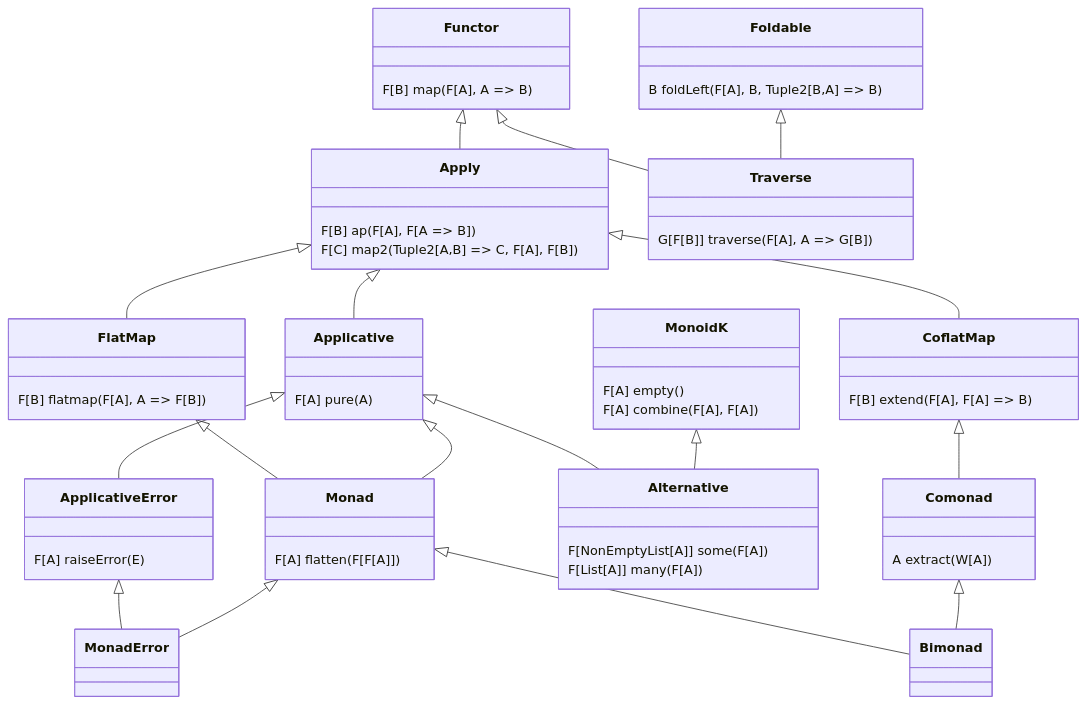
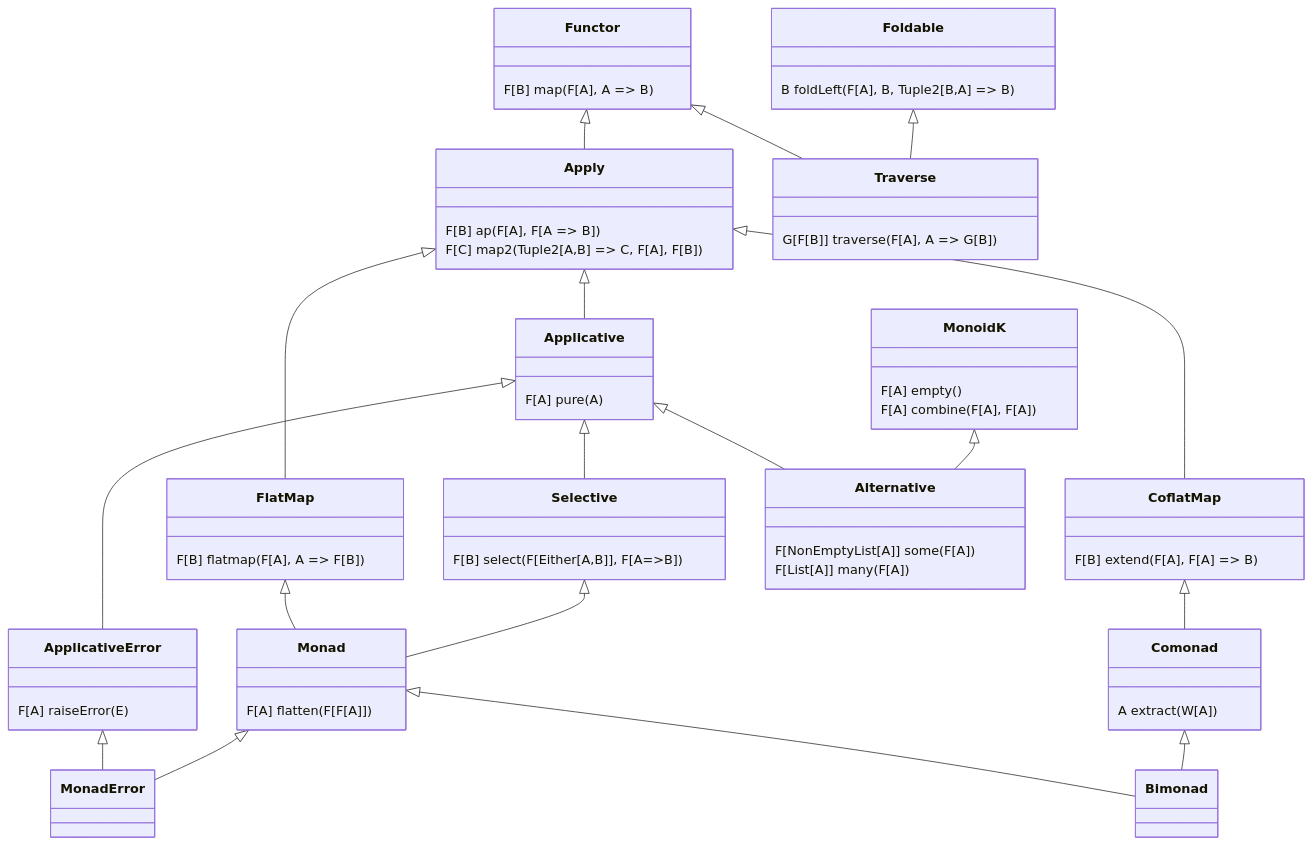
The diagram in README.MD (lemastero/scala_typeclassopedia), drawn with Mermaid before and after one commit.

Commit message:
add Selective between Applicative and Monad

````diff
--- a/README.MD
+++ b/README.MD
@@ -222,57 +222,61 @@
 ```mermaid
 classDiagram
    Functor <|-- Apply
    Apply <|-- FlatMap
    Functor <|-- Traverse
    Foldable <|-- Traverse
    FlatMap <|-- Monad
    Apply <|-- Applicative
    Apply <|-- CoflatMap
    CoflatMap <|-- Comonad
-   Applicative <|-- Monad
+   Applicative <|-- Selective
+   Selective <|-- Monad
    Applicative <|-- Alternative
    MonoidK <|-- Alternative
    Applicative <|-- ApplicativeError
    ApplicativeError <|-- MonadError
    Monad <|-- MonadError
    Monad <|-- Bimonad
    Comonad <|-- Bimonad
 
    Functor : F[B] map(F[A], A => B)
    class Foldable {
       B foldLeft(F[A], B, Tuple2[B,A] => B)
    }
    class Traverse {
       G[F[B]] traverse(F[A], A => G[B])
    }
    class Apply {
      F[B] ap(F[A], F[A => B]) 
      F[C] map2(Tuple2[A,B] => C, F[A], F[B])
    }
    class Applicative {
      F[A] pure(A)
+   }
+   class Selective {
+      F[B] select(F[Either[A,B]], F[A=>B])
    }
    class FlatMap {
      F[B] flatmap(F[A], A => F[B])
    }
    class Monad {
      F[A] flatten(F[F[A]])
    }
    class ApplicativeError {
       F[A] raiseError(E)
    }
    class CoflatMap {
       F[B] extend(F[A], F[A] => B)
    }
    class Comonad {
       A extract(W[A])
    }
    class MonoidK {
      F[A] empty()
      F[A] combine(F[A], F[A])
    }
    class Alternative {
      F[NonEmptyList[A]] some(F[A])
      F[List[A]] many(F[A])
    }
 ```
````
